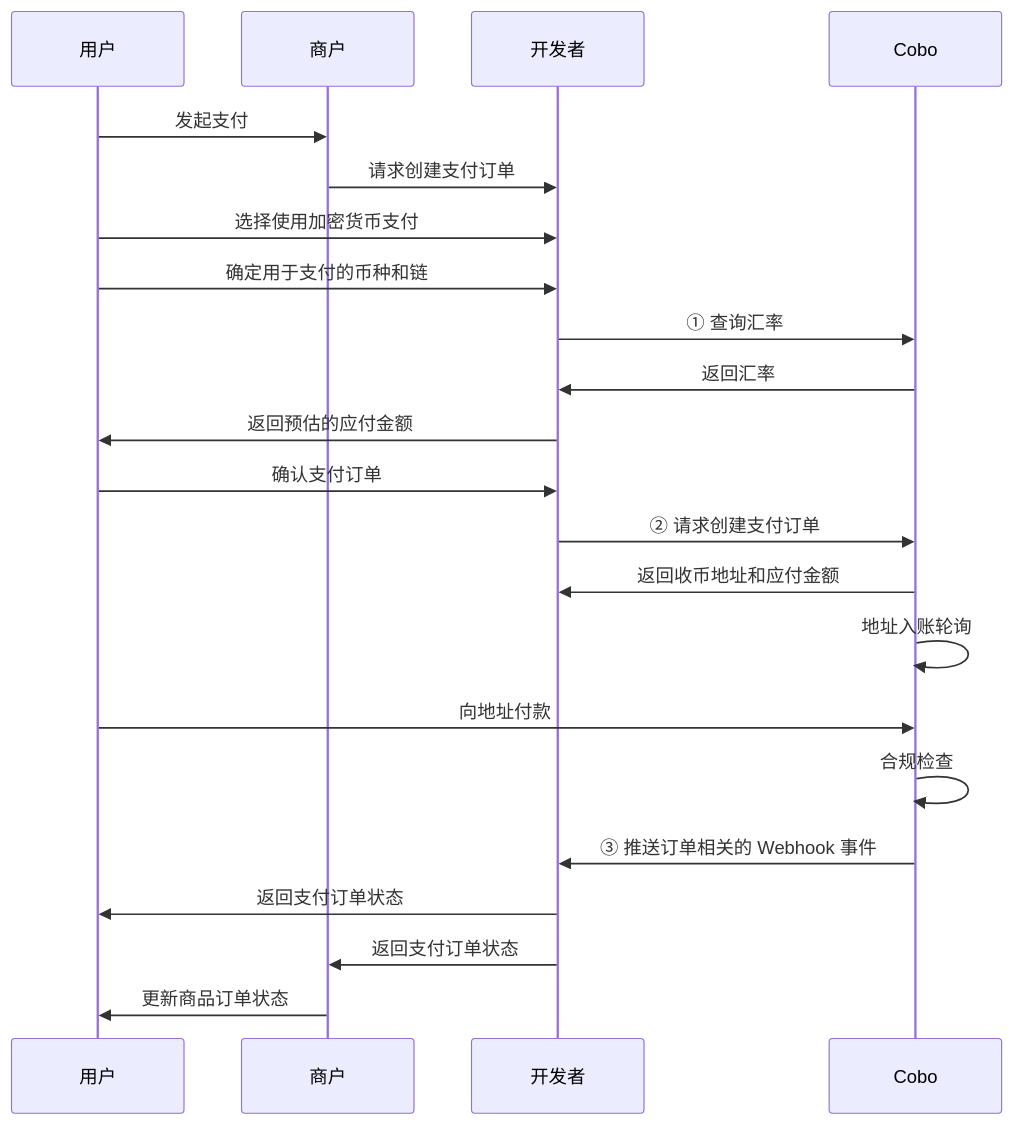
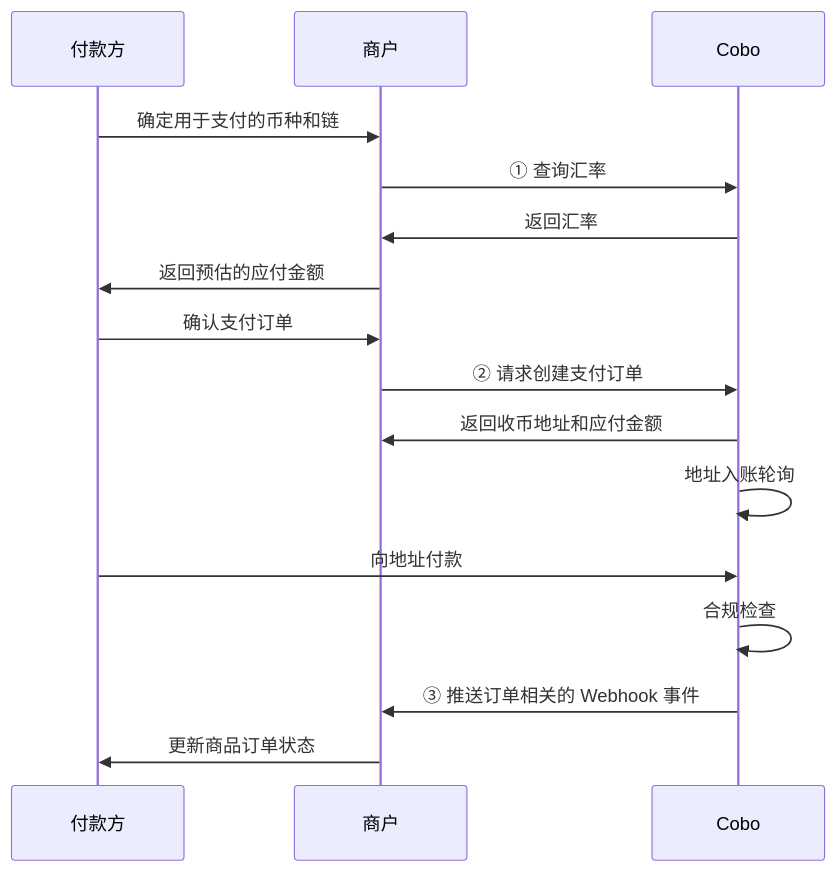
One commit to rcsh1/developer-site changed the first of 2 diagrams in v2_cn/payments/create-orders.mdx. Above: the diagram before and after it, drawn with Mermaid. The commit also changed other lines of this file and 50 other files, not shown here.

````diff
--- a/v2_cn/payments/create-orders.mdx
+++ b/v2_cn/payments/create-orders.mdx
@@ -11,24 +19,18 @@
 ```mermaid
 sequenceDiagram
-    participant 用户
+    participant 付款方
     participant 商户
-    participant 开发者
     participant Cobo
-    用户 ->> 商户: 发起支付
-    商户 ->> 开发者: 请求创建支付订单
-    用户 ->> 开发者: 选择使用加密货币支付
-    用户 ->> 开发者: 确定用于支付的币种和链
-    开发者 ->> Cobo: ① 查询汇率
-    Cobo ->> 开发者: 返回汇率
-    开发者 ->> 用户: 返回预估的应付金额
-    用户 ->> 开发者: 确认支付订单
-    开发者 ->> Cobo: ② 请求创建支付订单
-    Cobo ->> 开发者: 返回收币地址和应付金额
+    付款方 ->> 商户: 确定用于支付的币种和链
+    商户 ->> Cobo: ① 查询汇率
+    Cobo ->> 商户: 返回汇率
+    商户 ->> 付款方: 返回预估的应付金额
+    付款方 ->> 商户: 确认支付订单
+    商户 ->> Cobo: ② 请求创建支付订单
+    Cobo ->> 商户: 返回收币地址和应付金额
     Cobo ->> Cobo: 地址入账轮询
-    用户 ->> Cobo: 向地址付款
+    付款方 ->> Cobo: 向地址付款
     Cobo ->> Cobo: 合规检查
-    Cobo ->> 开发者: ③ 推送订单相关的 Webhook 事件
-    开发者 ->> 用户: 返回支付订单状态
-    开发者 ->> 商户: 返回支付订单状态
-    商户 ->> 用户: 更新商品订单状态
+    Cobo ->> 商户: ③ 推送订单相关的 Webhook 事件
+    商户 ->> 付款方: 更新商品订单状态
 ```
````
